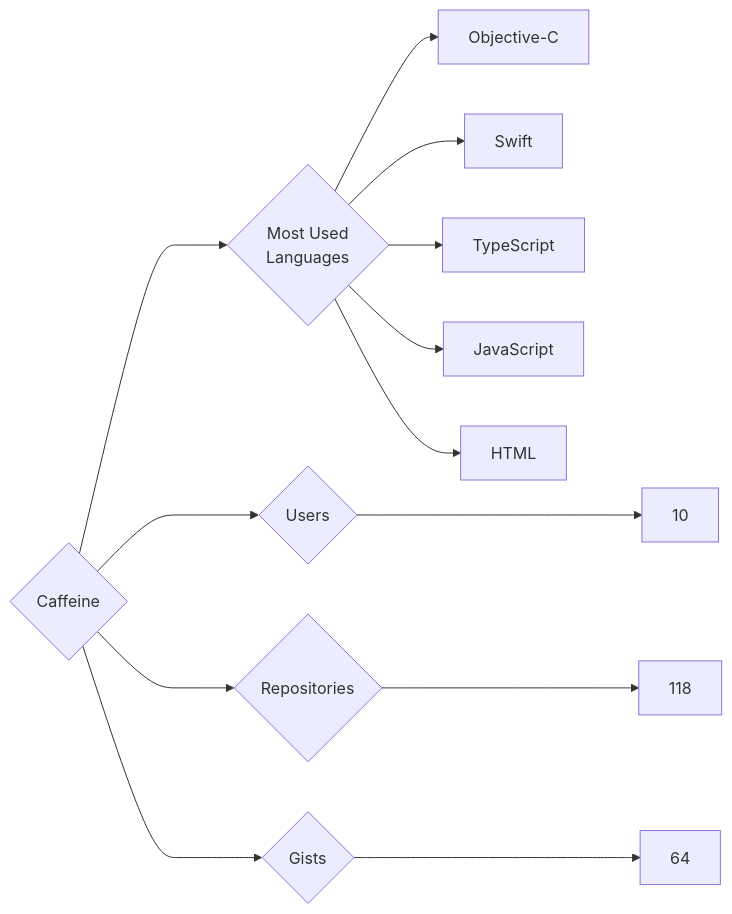
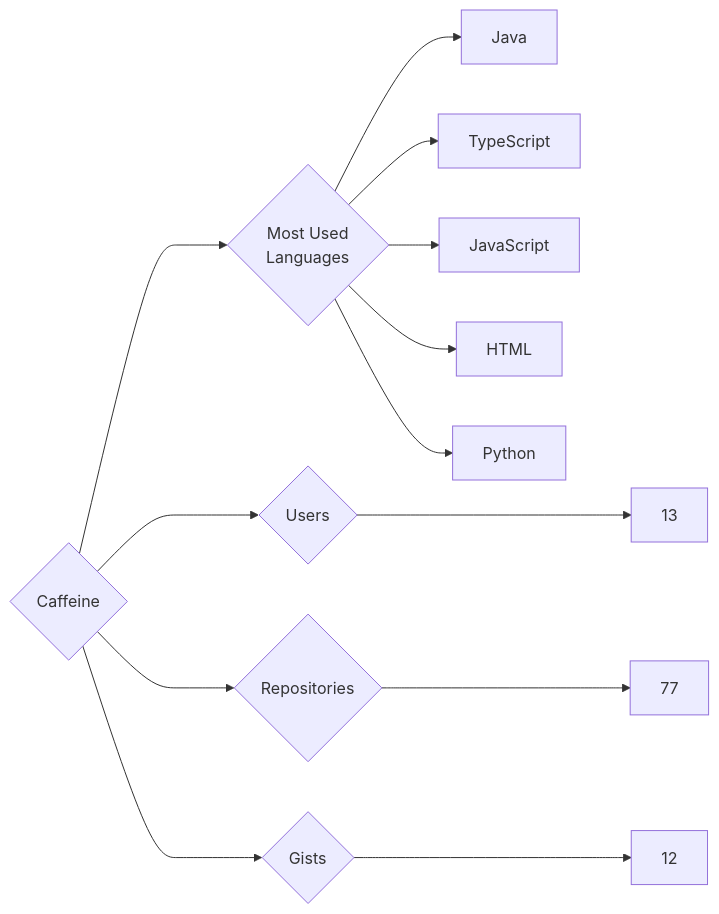
The diagram in targets/Caffeine/README.md (trickest/insiders), drawn with Mermaid before and after one commit. The commit also changed 699 other files, not shown here.

````diff
--- a/targets/Caffeine/README.md
+++ b/targets/Caffeine/README.md
@@ -3,13 +3,13 @@
 ```mermaid
 graph LR
 COMPANY_NAME{Caffeine}
-COMPANY_NAME ---> U{Users} ---> UN[10]
-COMPANY_NAME ---> R{Repositories} ---> RN[118]
-COMPANY_NAME ---> G{Gists} ---> GN[64]
+COMPANY_NAME ---> U{Users} ---> UN[13]
+COMPANY_NAME ---> R{Repositories} ---> RN[77]
+COMPANY_NAME ---> G{Gists} ---> GN[12]
 COMPANY_NAME ---> ML{Most Used<br>Languages}
-ML --> Objective-C[Objective-C]
-ML --> Swift[Swift]
+ML --> Java[Java]
 ML --> TypeScript[TypeScript]
 ML --> JavaScript[JavaScript]
 ML --> HTML[HTML]
+ML --> Python[Python]
 ```
````
